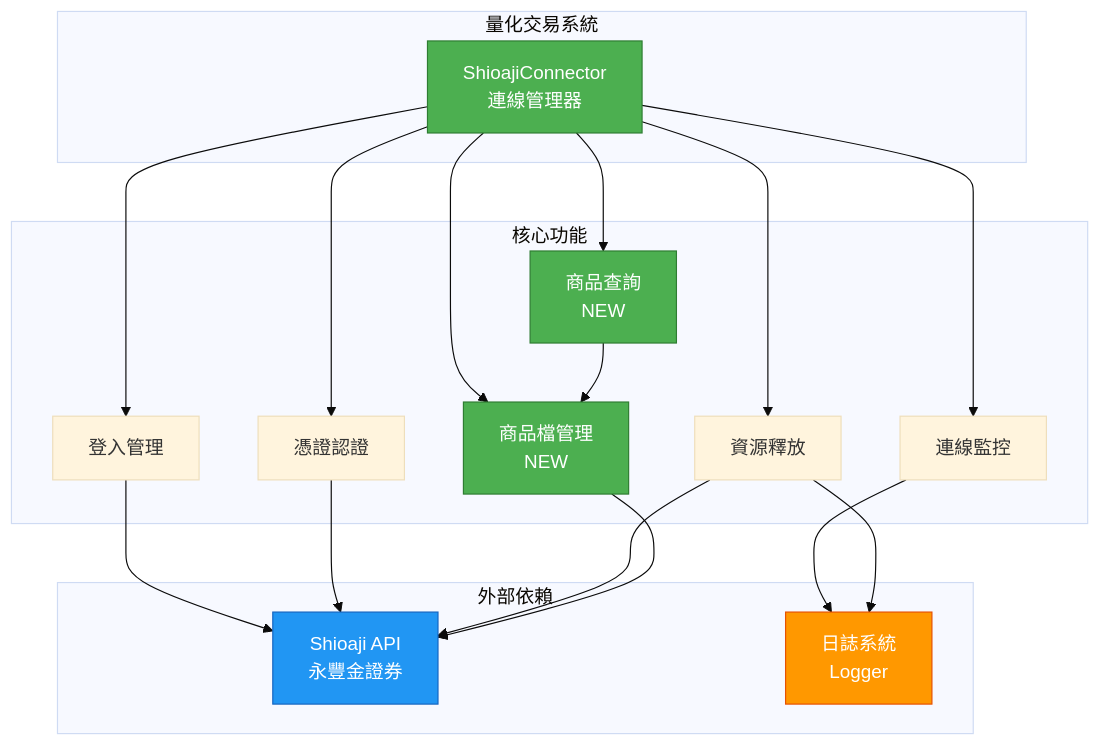
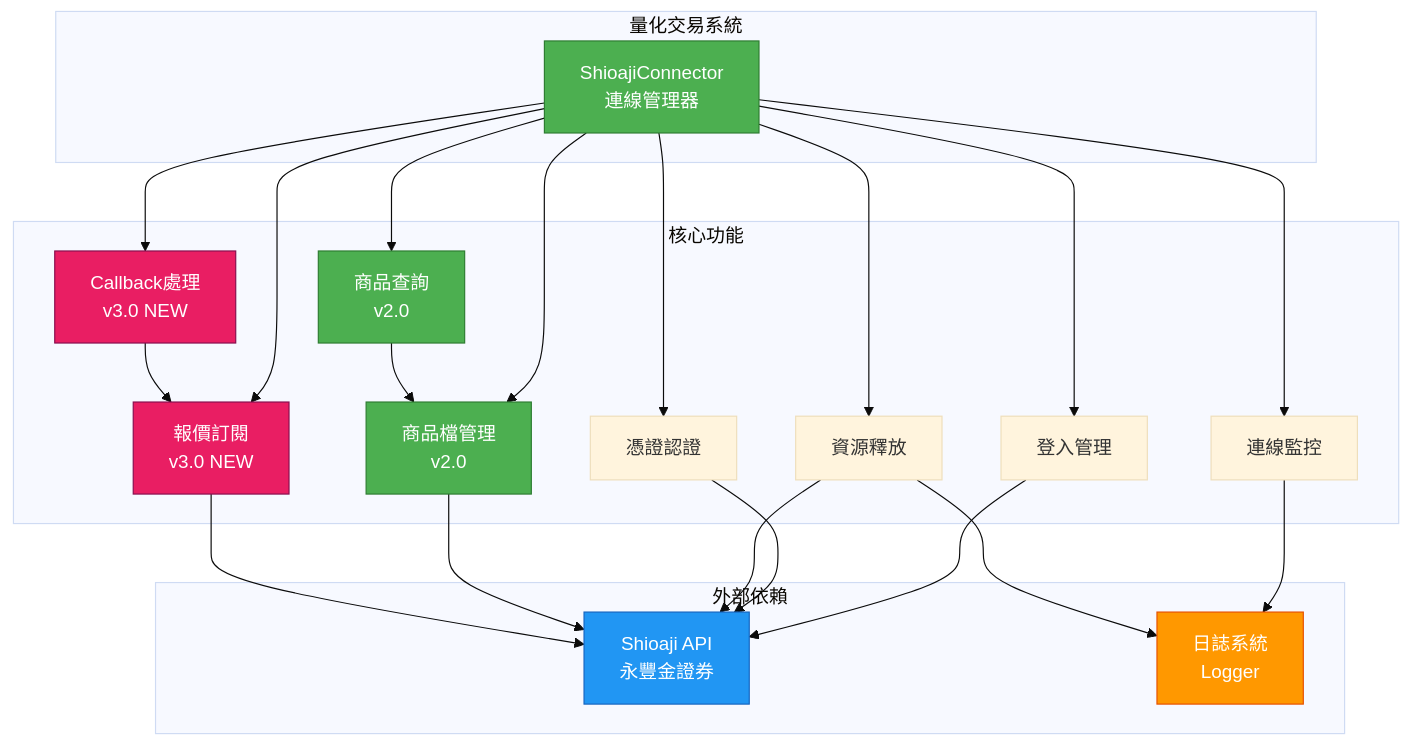
One commit to wu02067602/sample-trading changed the fifth of 10 diagrams in 類別圖.md. Above: the diagram before and after it, drawn with Mermaid (base theme). The commit also changed other lines of this file and 3 other files, not shown here.

````diff
--- a/類別圖.md
+++ b/類別圖.md
@@ -162,41 +228,49 @@
 ```mermaid
 graph TB
     subgraph 量化交易系統
         A[ShioajiConnector<br/>連線管理器]
     end
     
     subgraph 核心功能
         B[登入管理]
         C[憑證認證]
         D[連線監控]
         E[資源釋放]
-        H[商品檔管理<br/>NEW]
-        I[商品查詢<br/>NEW]
+        H[商品檔管理<br/>v2.0]
+        I[商品查詢<br/>v2.0]
+        J[報價訂閱<br/>v3.0 NEW]
+        K[Callback處理<br/>v3.0 NEW]
     end
     
     subgraph 外部依賴
         F[Shioaji API<br/>永豐金證券]
         G[日誌系統<br/>Logger]
     end
     
     A --> B
     A --> C
     A --> D
     A --> E
     A --> H
     A --> I
+    A --> J
+    A --> K
     
     B --> F
     C --> F
     D --> G
     E --> F
     E --> G
     H --> F
     I --> H
+    J --> F
+    K --> J
     
     style A fill:#4CAF50,stroke:#2E7D32,color:#fff
     style F fill:#2196F3,stroke:#1565C0,color:#fff
     style G fill:#FF9800,stroke:#E65100,color:#fff
     style H fill:#4CAF50,stroke:#2E7D32,color:#fff
     style I fill:#4CAF50,stroke:#2E7D32,color:#fff
+    style J fill:#E91E63,stroke:#880E4F,color:#fff
+    style K fill:#E91E63,stroke:#880E4F,color:#fff
 ```
````
